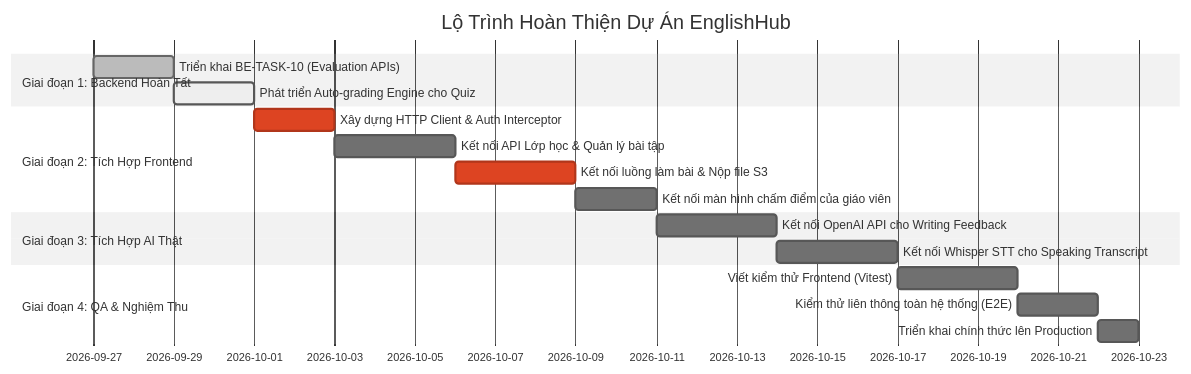
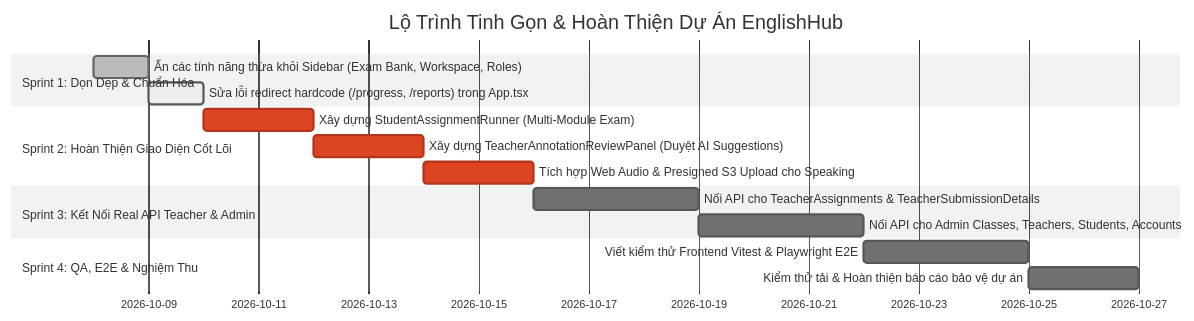
The diagram in docs/CORE_GAP_ANALYSIS.md (hotung9108/EnglishHub), drawn with Mermaid (neutral theme) before and after one commit. The commit also changed other lines of this file and 1 other file, not shown here.

Commit message:
feat: update core gap analysis and frontend mising pages report

````diff
--- a/docs/CORE_GAP_ANALYSIS.md
+++ b/docs/CORE_GAP_ANALYSIS.md
@@ -162,20 +150,18 @@
 ```mermaid
 gantt
-    title Lộ Trình Hoàn Thiện Dự Án EnglishHub
+    title Lộ Trình Tinh Gọn & Hoàn Thiện Dự Án EnglishHub
     dateFormat  YYYY-MM-DD
-    section Giai đoạn 1: Backend Hoàn Tất
-    Triển khai BE-TASK-10 (Evaluation APIs)     :done, a1, 2026-09-27, 2d
-    Phát triển Auto-grading Engine cho Quiz     :active, a2, 2026-09-29, 2d
-    section Giai đoạn 2: Tích Hợp Frontend
-    Xây dựng HTTP Client & Auth Interceptor     :crit, b1, 2026-10-01, 2d
-    Kết nối API Lớp học & Quản lý bài tập      :b2, 2026-10-03, 3d
-    Kết nối luồng làm bài & Nộp file S3         :crit, b3, 2026-10-06, 3d
-    Kết nối màn hình chấm điểm của giáo viên    :b4, 2026-10-09, 2d
-    section Giai đoạn 3: Tích Hợp AI Thật
-    Kết nối OpenAI API cho Writing Feedback     :c1, 2026-10-11, 3d
-    Kết nối Whisper STT cho Speaking Transcript :c2, 2026-10-14, 3d
-    section Giai đoạn 4: QA & Nghiệm Thu
-    Viết kiểm thử Frontend (Vitest)             :d1, 2026-10-17, 3d
-    Kiểm thử liên thông toàn hệ thống (E2E)     :d2, 2026-10-20, 2d
-    Triển khai chính thức lên Production        :d3, 2026-10-22, 1d
+    section Sprint 1: Dọn Dẹp & Chuẩn Hóa
+    Ẩn các tính năng thừa khỏi Sidebar (Exam Bank, Workspace, Roles) :done, s1, 2026-10-08, 1d
+    Sửa lỗi redirect hardcode (/progress, /reports) trong App.tsx     :active, s2, 2026-10-09, 1d
+    section Sprint 2: Hoàn Thiện Giao Diện Cốt Lõi
+    Xây dựng StudentAssignmentRunner (Multi-Module Exam)             :crit, s3, 2026-10-10, 2d
+    Xây dựng TeacherAnnotationReviewPanel (Duyệt AI Suggestions)     :crit, s4, 2026-10-12, 2d
+    Tích hợp Web Audio & Presigned S3 Upload cho Speaking            :crit, s5, 2026-10-14, 2d
+    section Sprint 3: Kết Nối Real API Teacher & Admin
+    Nối API cho TeacherAssignments & TeacherSubmissionDetails        :s6, 2026-10-16, 3d
+    Nối API cho Admin Classes, Teachers, Students, Accounts          :s7, 2026-10-19, 3d
+    section Sprint 4: QA, E2E & Nghiệm Thu
+    Viết kiểm thử Frontend Vitest & Playwright E2E                  :s8, 2026-10-22, 3d
+    Kiểm thử tải & Hoàn thiện báo cáo bảo vệ dự án                   :s9, 2026-10-25, 2d
 ```
````
